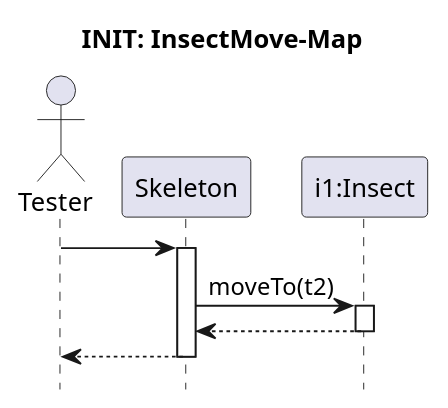
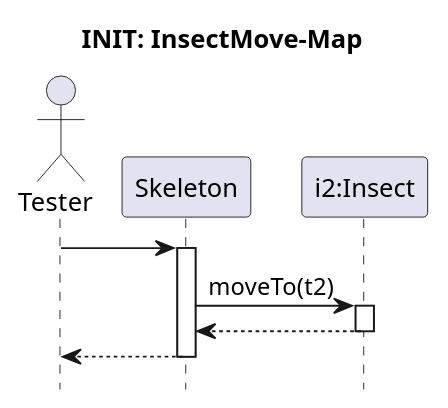
Before and after one commit to ZD4ve/projlab-error521: the diagram in Skeleton/Insect-move/paralysed.pu, drawn with PlantUML. The commit also changed 2 other files, not shown here.

```diff
--- a/Skeleton/Insect-move/paralysed.pu
+++ b/Skeleton/Insect-move/paralysed.pu
@@ -1,18 +1,18 @@
 @startuml Insect-move/paralysed
 hide footbox
 
 title INIT: InsectMove-Map
 
 actor Tester
 'TODO: Skeleton neve :Skeleton vagy csak Skeleton?
 participant Skeleton
-participant "i1:Insect" as insect
+participant "i2:Insect" as insect
 
 'TODO: test case neve
 Tester -> Skeleton 
 activate Skeleton
 Skeleton -> insect : moveTo(t2)
 activate insect
 return
 return
 @enduml
```
